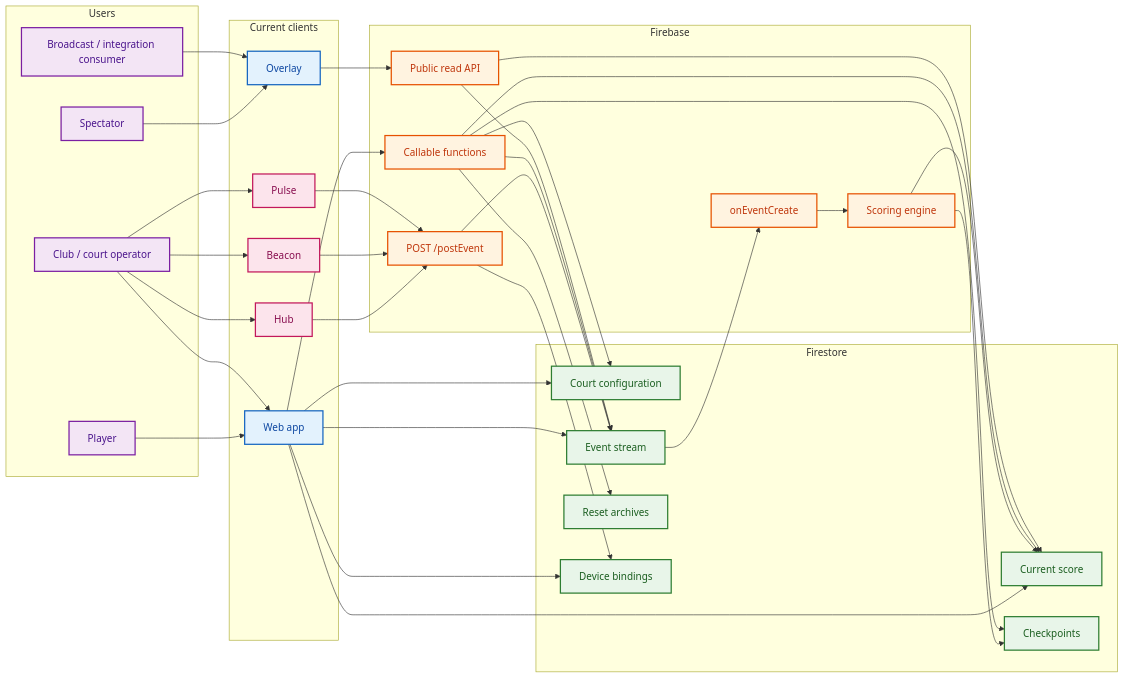
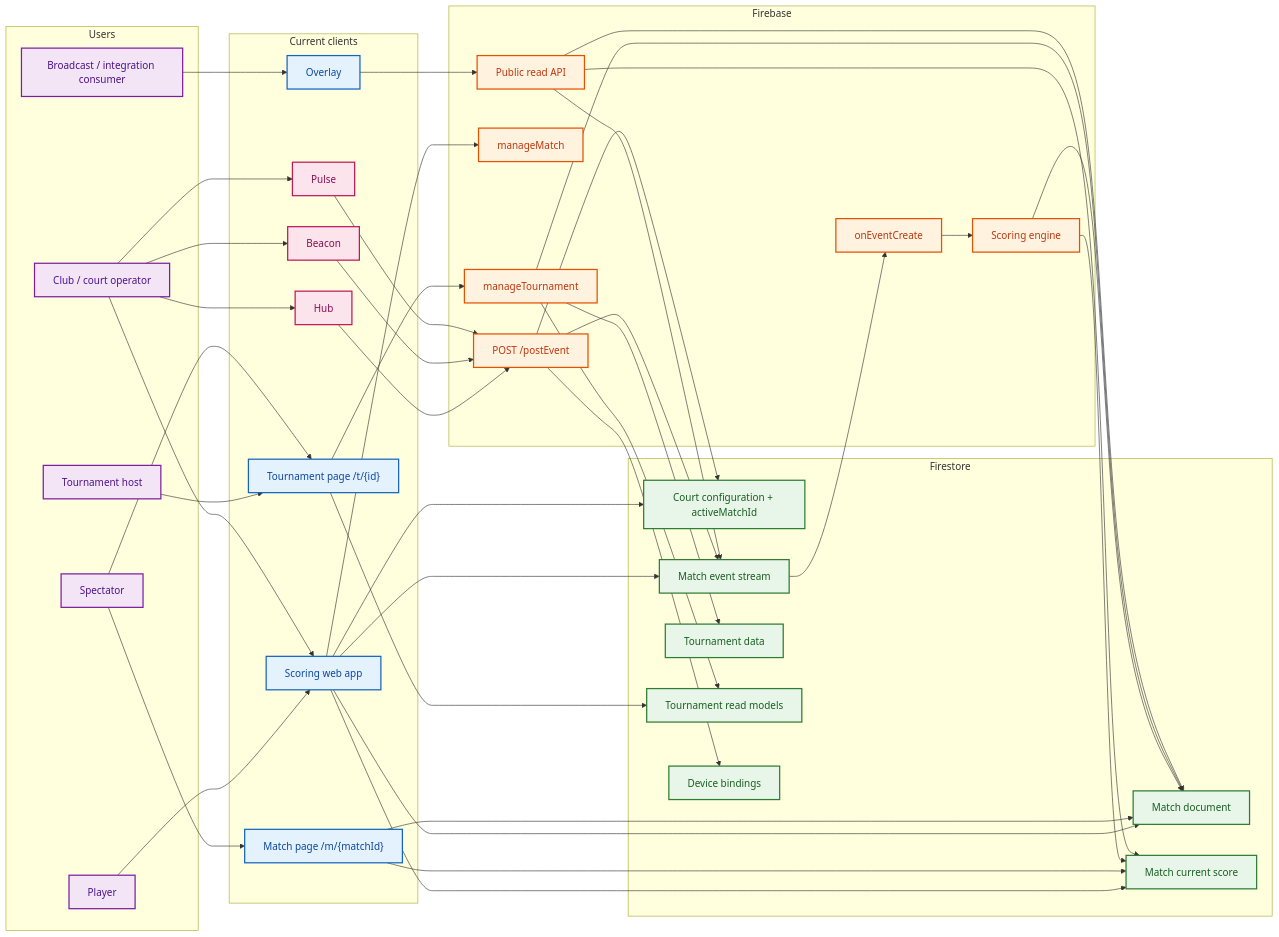
One commit to creepyLANguy/PuntoPrototype changed the diagram in docs/PP_Basic_Flow.mmd. Above: the diagram before and after it, drawn with Mermaid. The commit also changed 32 other files, not shown here.

First line of the commit message:
docs: synchronise documentation with match-scoped tournament suite

```diff
--- a/docs/PP_Basic_Flow.mmd
+++ b/docs/PP_Basic_Flow.mmd
@@ -1,79 +1,89 @@
 flowchart LR
     classDef user fill:#F3E5F5,stroke:#7B1FA2,stroke-width:2px,color:#4A148C
     classDef client fill:#E3F2FD,stroke:#1565C0,stroke-width:2px,color:#0D47A1
     classDef backend fill:#FFF3E0,stroke:#E65100,stroke-width:2px,color:#BF360C
     classDef data fill:#E8F5E9,stroke:#2E7D32,stroke-width:2px,color:#1B5E20
     classDef device fill:#FCE4EC,stroke:#C2185B,stroke-width:2px,color:#880E4F
 
     subgraph PEOPLE["Users"]
         PLAYER["Player"]
         OPERATOR["Club / court operator"]
+        HOST["Tournament host"]
         SPECTATOR["Spectator"]
         BROADCAST["Broadcast / integration consumer"]
     end
 
     subgraph CLIENTS["Current clients"]
-        APP["Web app"]
+        APP["Scoring web app"]
+        MATCHPAGE["Match page /m/{matchId}"]
+        TOURNAMENT["Tournament page /t/{id}"]
         HUB["Hub"]
         BEACON["Beacon"]
         PULSE["Pulse"]
         OVERLAY["Overlay"]
     end
 
     subgraph SERVER["Firebase"]
         POST["POST /postEvent"]
+        MATCHCALL["manageMatch"]
+        TOURCALL["manageTournament"]
         TRIGGER["onEventCreate"]
         SCORE["Scoring engine"]
-        CALLABLE["Callable functions"]
         API["Public read API"]
     end
 
     subgraph DATA["Firestore"]
-        COURT["Court configuration"]
-        EVENTS["Event stream"]
-        LIVE["Current score"]
-        CHECK["Checkpoints"]
-        ARCHIVE["Reset archives"]
+        COURT["Court configuration + activeMatchId"]
+        MATCH["Match document"]
+        EVENTS["Match event stream"]
+        LIVE["Match current score"]
+        TOURDATA["Tournament data"]
+        VIEWS["Tournament read models"]
         DEVICES["Device bindings"]
     end
 
     PLAYER --> APP
     OPERATOR --> APP
+    HOST --> TOURNAMENT
     OPERATOR --> HUB
     OPERATOR --> BEACON
     OPERATOR --> PULSE
-    SPECTATOR --> OVERLAY
+    SPECTATOR --> MATCHPAGE
+    SPECTATOR --> TOURNAMENT
     BROADCAST --> OVERLAY
 
     APP --> COURT
+    APP --> MATCH
     APP --> EVENTS
     APP --> LIVE
-    APP --> CALLABLE
-    APP --> DEVICES
+    APP --> MATCHCALL
+    TOURNAMENT --> TOURCALL
+    TOURNAMENT --> VIEWS
+    MATCHPAGE --> MATCH
+    MATCHPAGE --> LIVE
 
     HUB --> POST
     BEACON --> POST
     PULSE --> POST
     POST --> DEVICES
+    POST --> COURT
     POST --> EVENTS
 
     EVENTS --> TRIGGER
     TRIGGER --> SCORE
     SCORE --> LIVE
-    SCORE --> CHECK
-
-    CALLABLE --> COURT
-    CALLABLE --> EVENTS
-    CALLABLE --> LIVE
-    CALLABLE --> CHECK
-    CALLABLE --> ARCHIVE
+    SCORE --> MATCH
+    TOURCALL --> TOURDATA
+    TOURCALL --> MATCH
+    TOURCALL --> VIEWS
 
     OVERLAY --> API
+    API --> MATCH
     API --> LIVE
     API --> EVENTS
 
-    class PLAYER,OPERATOR,SPECTATOR,BROADCAST user
-    class APP,OVERLAY client
+    class PLAYER,OPERATOR,HOST,SPECTATOR,BROADCAST user
+    class APP,MATCHPAGE,TOURNAMENT,OVERLAY client
     class HUB,BEACON,PULSE device
-    class POST,TRIGGER,SCORE,CALLABLE,API backend
-    class COURT,EVENTS,LIVE,CHECK,ARCHIVE,DEVICES data
+    class POST,MATCHCALL,TOURCALL,TRIGGER,SCORE,API backend
+    class COURT,MATCH,EVENTS,LIVE,TOURDATA,VIEWS,DEVICES data
```
